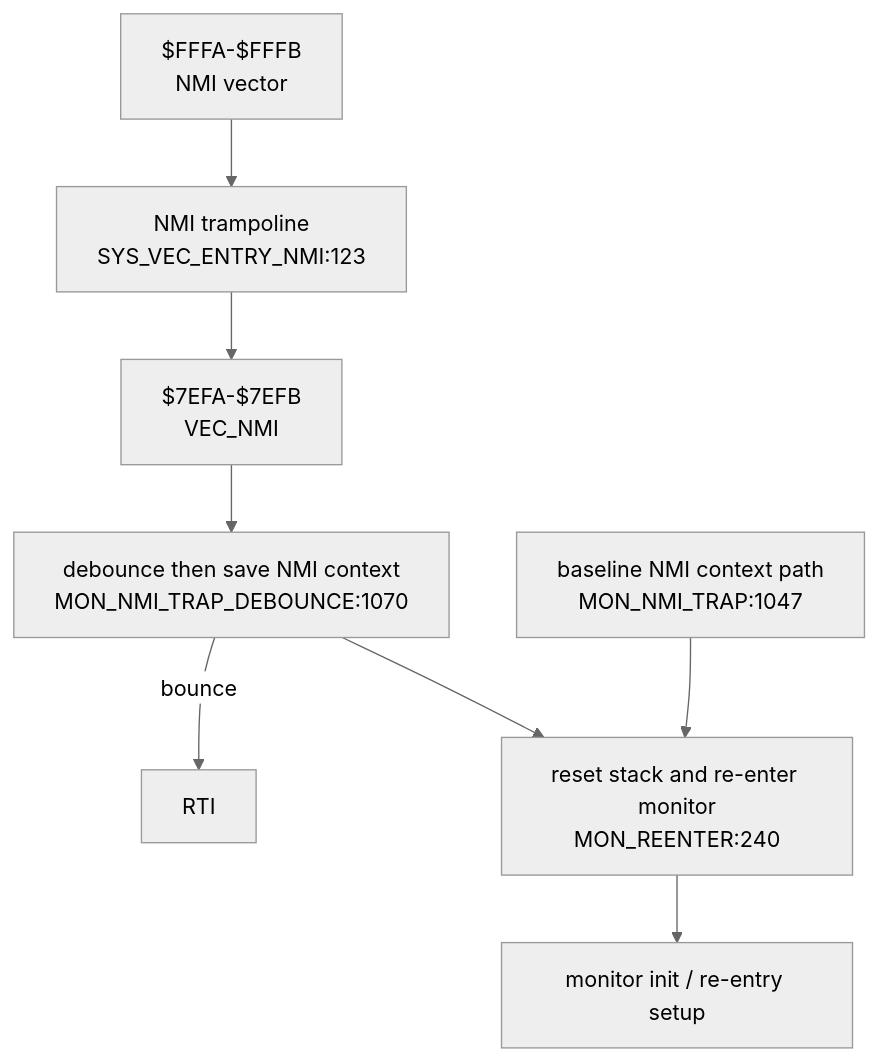
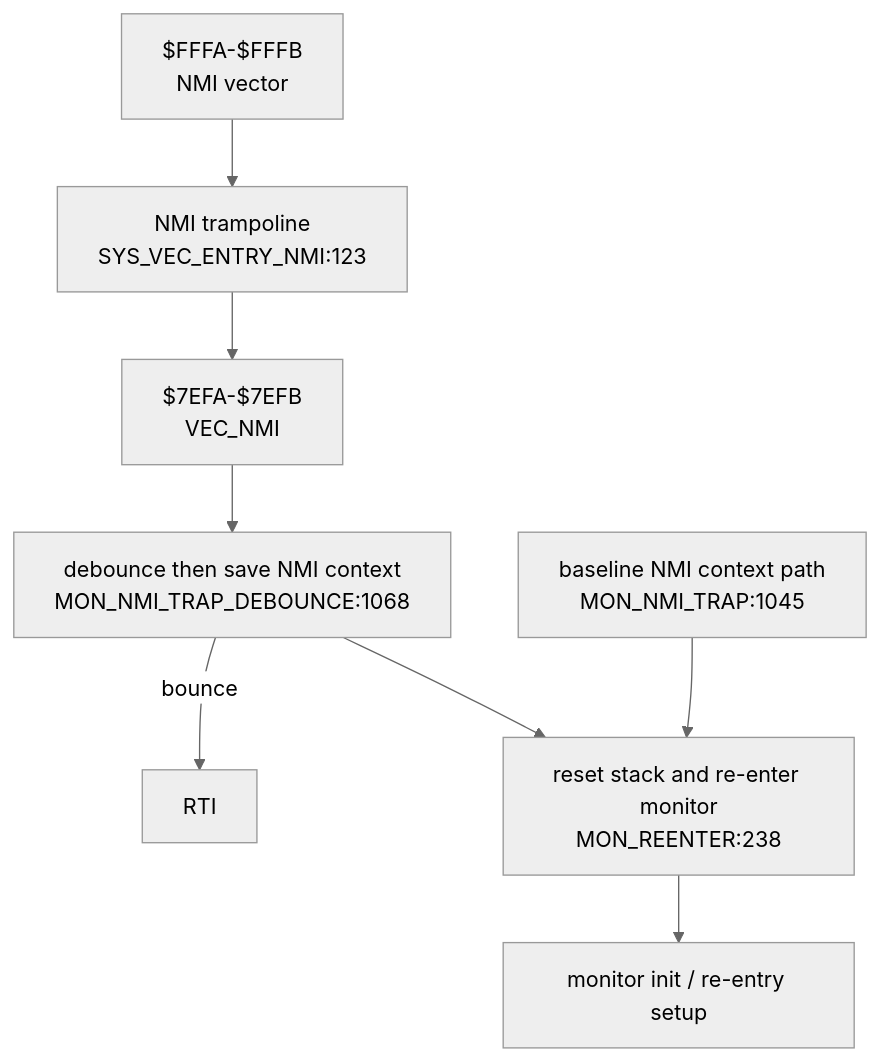
Before and after one commit to 95westus/R-YORS: the fourth of 6 diagrams in DOC/GENERATED/INTERRUPT_VECTOR_MAP.md, drawn with Mermaid (neutral theme). The commit also changed other lines of this file and 29 other files, not shown here.

````diff
--- a/DOC/GENERATED/INTERRUPT_VECTOR_MAP.md
+++ b/DOC/GENERATED/INTERRUPT_VECTOR_MAP.md
@@ -62,10 +62,10 @@
 ```mermaid
 flowchart TD
     NMIV["$FFFA-$FFFB<br/>NMI vector"] --> NMIENTRY["NMI trampoline<br/>SYS_VEC_ENTRY_NMI:123"]
     NMIENTRY --> VECNMI["$7EFA-$7EFB<br/>VEC_NMI"]
-    VECNMI --> NMITRAP["debounce then save NMI context<br/>MON_NMI_TRAP_DEBOUNCE:1070"]
+    VECNMI --> NMITRAP["debounce then save NMI context<br/>MON_NMI_TRAP_DEBOUNCE:1068"]
     NMITRAP -->|bounce| RTINMI["RTI"]
-    NMITRAP --> REENTER["reset stack and re-enter monitor<br/>MON_REENTER:240"]
-    NMIBASE["baseline NMI context path<br/>MON_NMI_TRAP:1047"] --> REENTER
+    NMITRAP --> REENTER["reset stack and re-enter monitor<br/>MON_REENTER:238"]
+    NMIBASE["baseline NMI context path<br/>MON_NMI_TRAP:1045"] --> REENTER
     REENTER --> INIT["monitor init / re-entry setup"]
 ```
````
